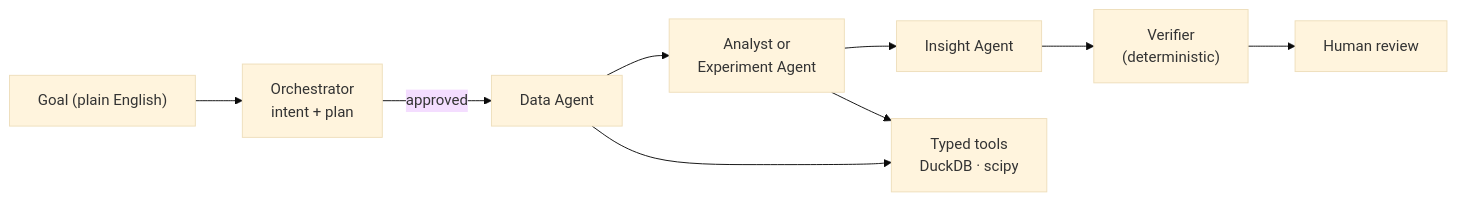
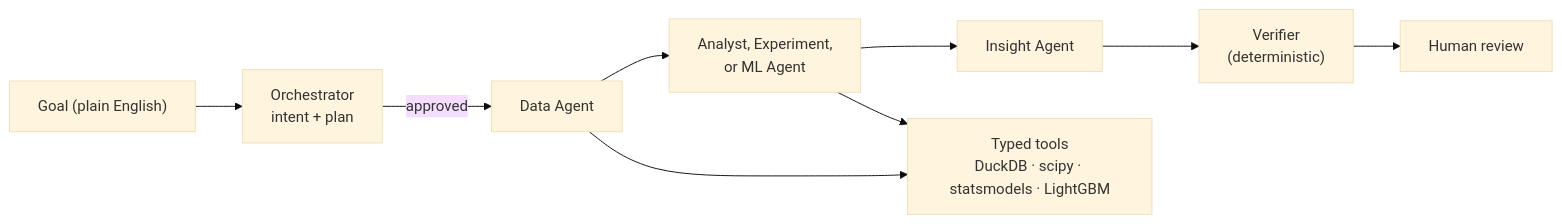
The diagram in README.md (SweetVege/inferra), drawn with Mermaid (base theme) before and after one commit. The commit also changed other lines of this file and 39 other files, not shown here.

````diff
--- a/README.md
+++ b/README.md
@@ -15,7 +15,7 @@
 ```mermaid
 flowchart LR
   G["Goal (plain English)"] --> O["Orchestrator<br/>intent + plan"]
-  O -->|approved| D["Data Agent"] --> S["Analyst or<br/>Experiment Agent"] --> I["Insight Agent"]
-  D & S --> T["Typed tools<br/>DuckDB · scipy"]
+  O -->|approved| D["Data Agent"] --> S["Analyst, Experiment,<br/>or ML Agent"] --> I["Insight Agent"]
+  D & S --> T["Typed tools<br/>DuckDB · scipy · statsmodels · LightGBM"]
   I --> V["Verifier<br/>(deterministic)"] --> R["Human review"]
 ```
````
